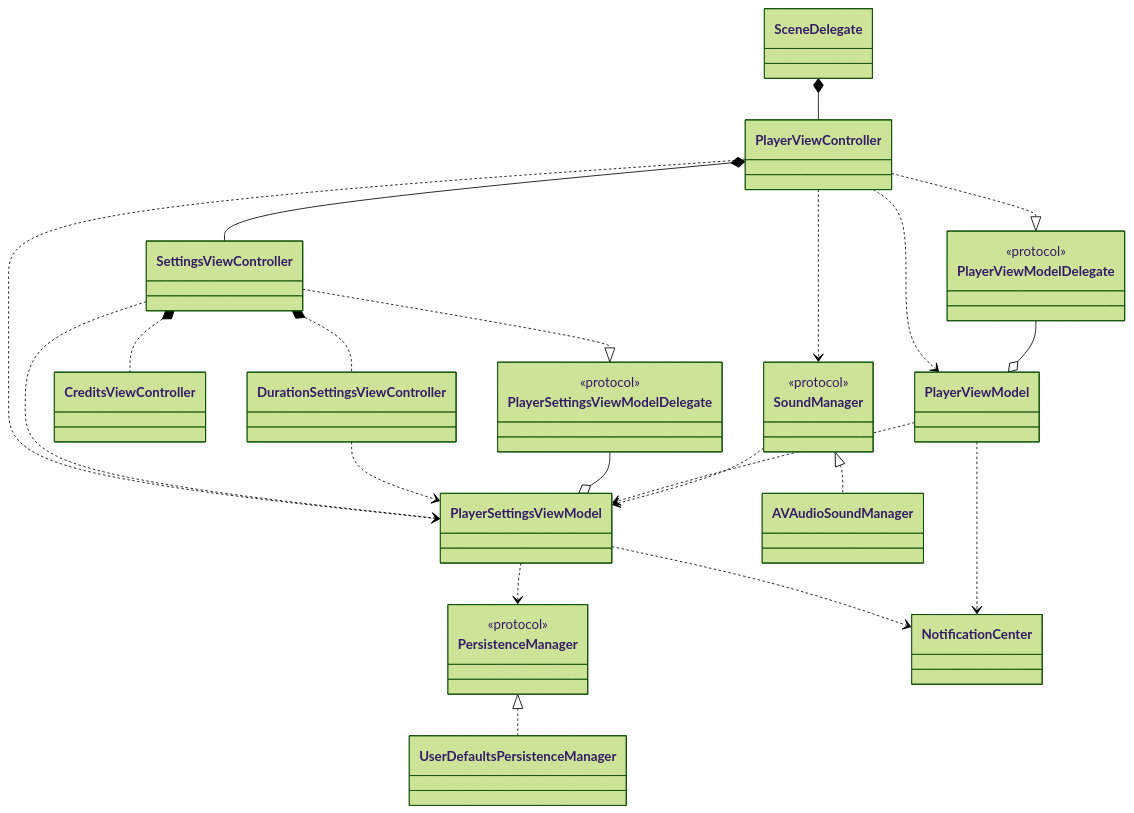
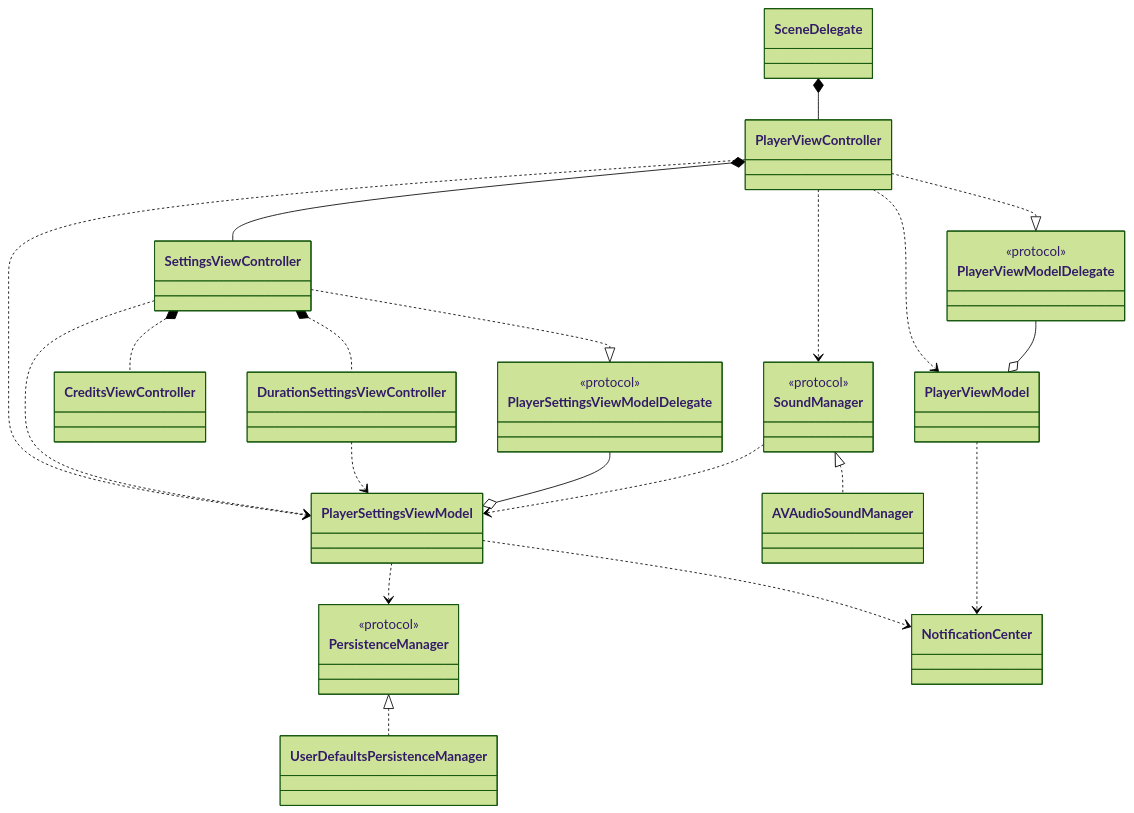
The diagram in README.md (carlosyslas/tranki), drawn with Mermaid (forest theme) before and after one commit. The commit also changed 8 other files, not shown here.

````diff
--- a/README.md
+++ b/README.md
@@ -29,38 +29,37 @@
 ```mermaid
 ---
 tranki
 ---
 classDiagram
     SceneDelegate *-- PlayerViewController
 
     PlayerViewController ..> PlayerSettingsViewModel
     PlayerViewController ..> SoundManager
     PlayerViewController ..> PlayerViewModel
     PlayerViewController *-- SettingsViewController
     PlayerViewController ..|> PlayerViewModelDelegate
 
     SettingsViewController ..> PlayerSettingsViewModel
     SettingsViewController *.. CreditsViewController
     SettingsViewController *.. DurationSettingsViewController
     SettingsViewController ..|> PlayerSettingsViewModelDelegate
 
     DurationSettingsViewController ..> PlayerSettingsViewModel
 
     PlayerSettingsViewModel ..> PersistenceManager
     PlayerSettingsViewModel ..> NotificationCenter
     PlayerSettingsViewModelDelegate --o PlayerSettingsViewModel
 
     PlayerViewModelDelegate --o PlayerViewModel
-    PlayerViewModel ..> PlayerSettingsViewModel
     PlayerViewModel ..> NotificationCenter
 
     SoundManager <|.. AVAudioSoundManager
     SoundManager ..> PlayerSettingsViewModel
 
     PersistenceManager <|.. UserDefaultsPersistenceManager
 
     <<protocol>>SoundManager
     <<protocol>>PersistenceManager
     <<protocol>>PlayerViewModelDelegate
     <<protocol>>PlayerSettingsViewModelDelegate
 ```
````
